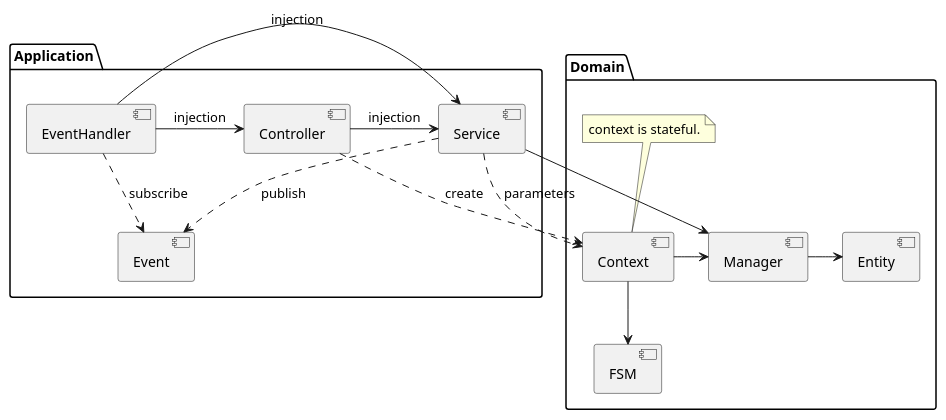
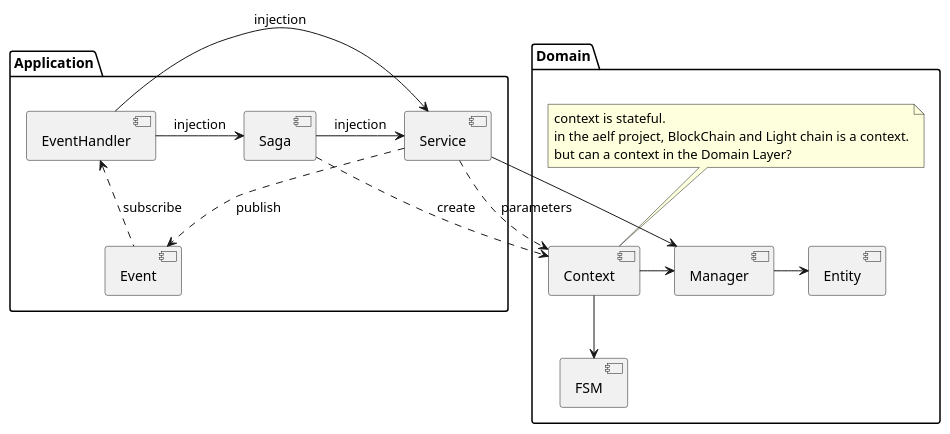
Before and after one commit to AElfProject/AElf: the first of 2 diagrams in docs/Development/architecture.md, drawn with PlantUML.

Commit message:
change architecture doc

````diff
--- a/docs/Development/architecture.md
+++ b/docs/Development/architecture.md
@@ -3,47 +3,49 @@
 ```puml
 @startuml
 
 package "Application" {
   [Service]
   [Event]
-  [Controller]
+  [Saga]
   
 
 
-  [Controller] -> [Service] : injection
+  [Saga] -> [Service] : injection
 
-  [EventHandler] ..> [Event] : subscribe
+  [EventHandler] <.. [Event] : subscribe
 
-  [EventHandler] -> [Controller] : injection
+  [EventHandler] -> [Saga] : injection
   [EventHandler] -> [Service] : injection
 
   [Service] ..> [Event] : publish
 }
 
 package "Domain" {
   [Manager]
   [Context]
 
   [Entity]
 
   [FSM]
 
 
-  [Controller] ..> [Context] : create
+  [Saga] ..> [Context] : create
   [Service] ..> [Context] : parameters
   [Context] -down-> [FSM]
   [Context] -> [Manager] 
 
 
   [Service] -down-> [Manager]
 
   [Manager] -> [Entity]
 
 note top of [Context]
   context is stateful.
+  in the aelf project, BlockChain and Light chain is a context.
+  but can a context in the Domain Layer?
 end note
 }
 
 
 @enduml
 ```
````
